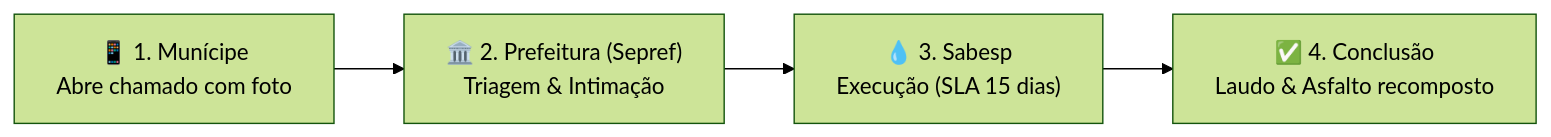
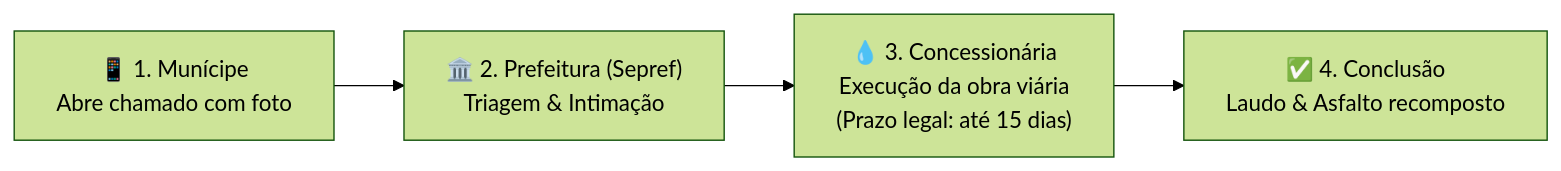
Before and after one commit to CarvalhoNathan/sabesp: the diagram in README.md, drawn with Mermaid (forest theme). The commit also changed other lines of this file, not shown here.

Commit message:
docs: refinar precisao estatistica, legal, de privacidade e de linguagem no README

````diff
--- a/README.md
+++ b/README.md
@@ -78,6 +78,6 @@
 ```mermaid
 flowchart LR
     A["📱 1. Munícipe<br/>Abre chamado com foto"] --> B["🏛️ 2. Prefeitura (Sepref)<br/>Triagem & Intimação"]
-    B --> C["💧 3. Sabesp<br/>Execução (SLA 15 dias)"]
+    B --> C["💧 3. Concessionária<br/>Execução da obra viária<br/>(Prazo legal: até 15 dias)"]
     C --> D["✅ 4. Conclusão<br/>Laudo & Asfalto recomposto"]
 ```
````
